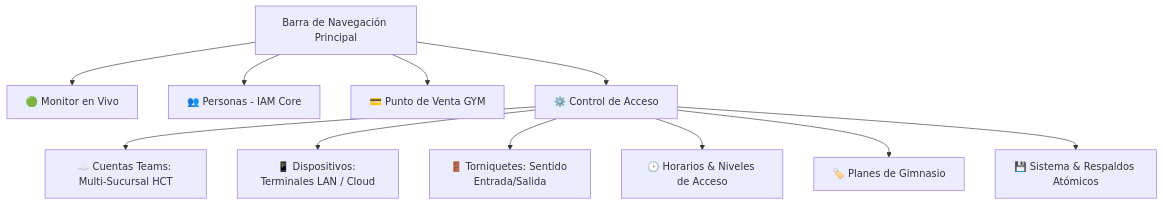
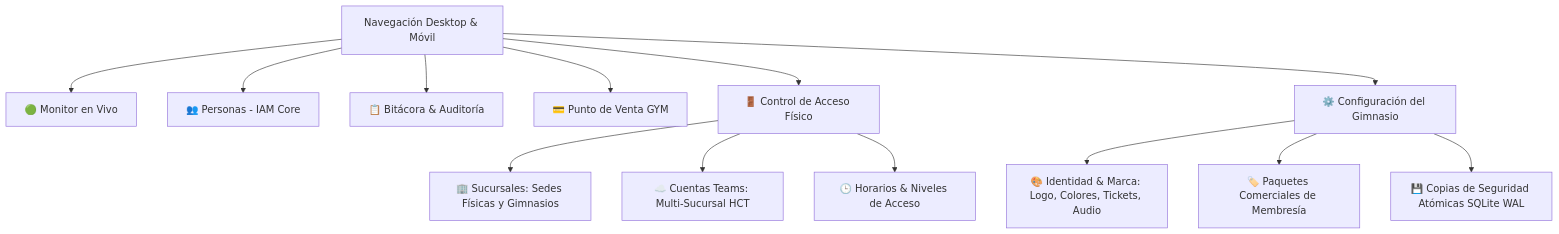
Before and after one commit to Walexa84/gymaccess-pro: the diagram in USER_GUIDE.md, drawn with Mermaid. The commit also changed other lines of this file and 39 other files, not shown here.

Commit message:
feat: auditoría de aperturas manuales en monitor, filtro inteligente de cortesías, inmutabilidad de ID en ficha y desacoplamiento de bitácora

````diff
--- a/USER_GUIDE.md
+++ b/USER_GUIDE.md
@@ -24,14 +24,17 @@
 ```mermaid
 graph TD
-    Nav[Barra de Navegación Principal] --> M1[🟢 Monitor en Vivo]
+    Nav[Navegación Desktop & Móvil] --> M1[🟢 Monitor en Vivo]
     Nav --> M2[👥 Personas - IAM Core]
-    Nav --> M3[💳 Punto de Venta GYM]
-    Nav --> M4[⚙️ Control de Acceso]
+    Nav --> M3[📋 Bitácora & Auditoría]
+    Nav --> M4[💳 Punto de Venta GYM]
+    Nav --> M5[🚪 Control de Acceso Físico]
+    Nav --> M6[⚙️ Configuración del Gimnasio]
     
-    M4 --> S1[☁️ Cuentas Teams: Multi-Sucursal HCT]
-    M4 --> S2[📱 Dispositivos: Terminales LAN / Cloud]
-    M4 --> S3[🚪 Torniquetes: Sentido Entrada/Salida]
-    M4 --> S4[🕒 Horarios & Niveles de Acceso]
-    M4 --> S5[🏷️ Planes de Gimnasio]
-    M4 --> S6[💾 Sistema & Respaldos Atómicos]
+    M5 --> S1[🏢 Sucursales: Sedes Físicas y Gimnasios]
+    M5 --> S2[☁️ Cuentas Teams: Multi-Sucursal HCT]
+    M5 --> S3[🕒 Horarios & Niveles de Acceso]
+    
+    M6 --> C1[🎨 Identidad & Marca: Logo, Colores, Tickets, Audio]
+    M6 --> C2[🏷️ Paquetes Comerciales de Membresía]
+    M6 --> C3[💾 Copias de Seguridad Atómicas SQLite WAL]
 ```
````
